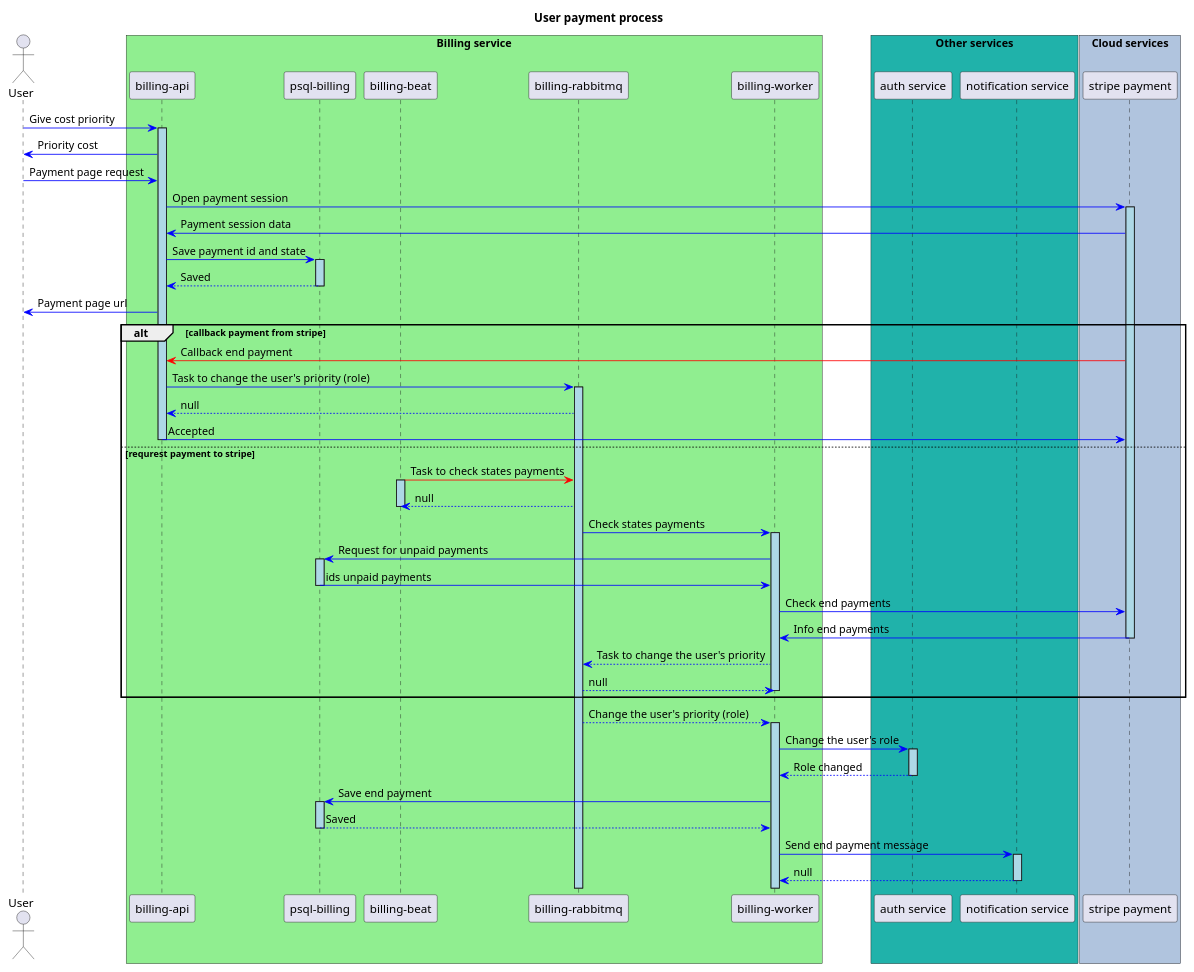
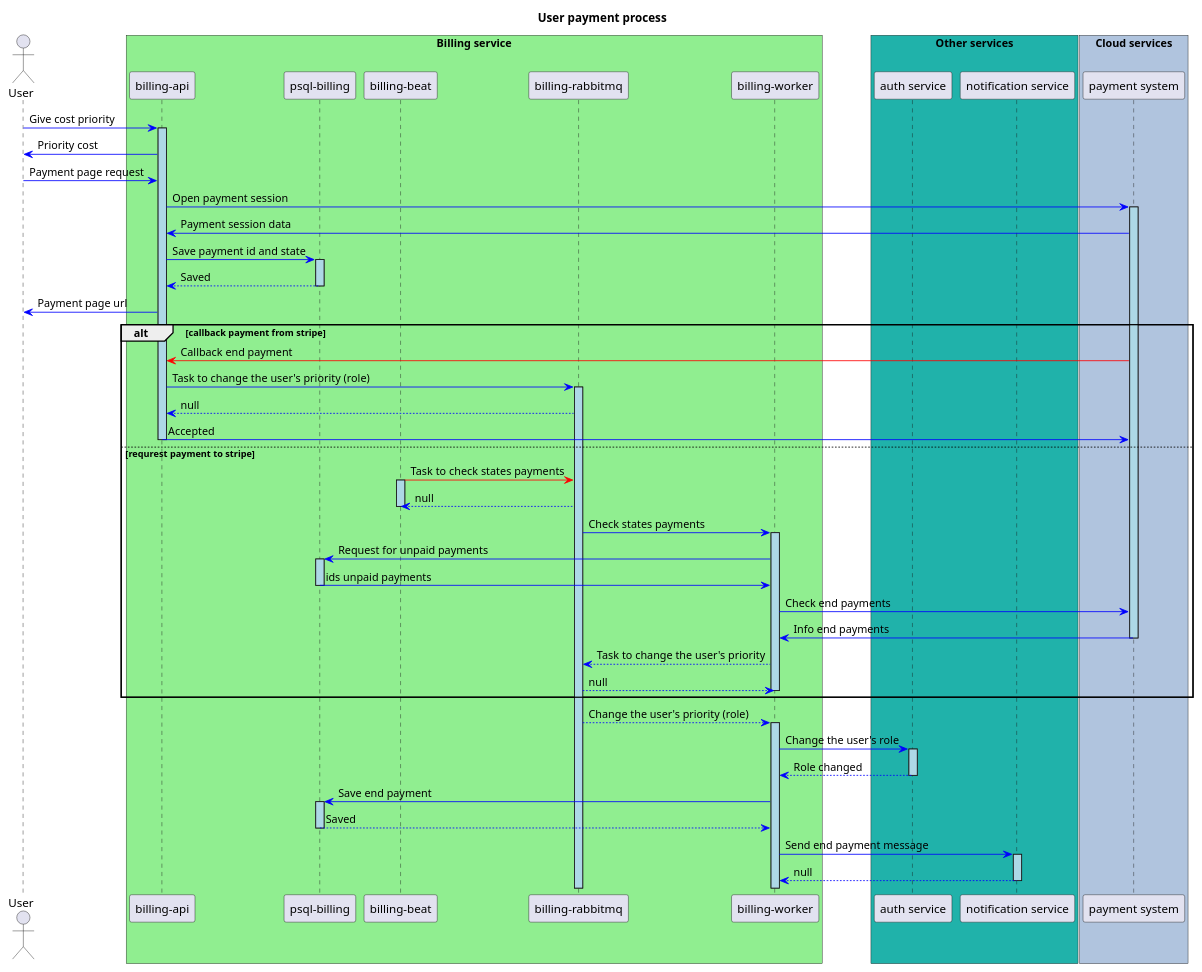
One commit to AlexeyBely/graduate_work changed the diagram in scheme/billing_sequence_schema.puml. Above: the diagram before and after it, drawn with PlantUML. The commit also changed 4 other files, not shown here.

```diff
--- a/scheme/billing_sequence_schema.puml
+++ b/scheme/billing_sequence_schema.puml
@@ -1,85 +1,85 @@
 @startuml billing_sequence_schema
 title User payment process
 skinparam componentStyle uml2
 
 actor User as user
 participant "billing-api" as api
 participant "psql-billing" as psql
 participant "billing-beat" as beat
 participant "billing-rabbitmq" as rabbitmq
 participant "billing-worker" as worker
 participant "auth service" as auth
 participant "notification service" as notify
-participant "stripe payment" as stripe
+participant "payment system" as stripe
 
 box "Billing service" #LightGreen
 	participant api
     participant psql
     participant beat
     participant rabbitmq
     participant worker
 end box
 box "Other services" #LightSeaGreen
 	participant auth
     participant notify
 end box
 box "Cloud services" #LightSteelBlue
 	participant stripe
 end box
 
 
 user [#blue]-> api : Give cost priority
 activate api #LightBlue
 user <-[#blue] api : Priority cost
 user [#blue]-> api : Payment page request
 api [#blue]-> stripe : Open payment session
 activate stripe #LightBlue
 stripe [#blue]-> api : Payment session data
 api [#blue]-> psql : Save payment id and state
 activate psql #LightBlue
 api <-[#blue]- psql : Saved
 deactivate psql
 api [#blue]-> user : Payment page url
 
 alt callback payment from stripe
     stripe [#red]-> api : Callback end payment
     api [#blue]-> rabbitmq : Task to change the user's priority (role)
     activate rabbitmq #LightBlue
     rabbitmq -[#blue]-> api : null    
     api [#blue]-> stripe : Accepted
     deactivate api
 else requrest payment to stripe
     beat [#red]-> rabbitmq : Task to check states payments
     activate beat #LightBlue
     rabbitmq -[#blue]-> beat : null
     deactivate beat
     rabbitmq [#blue]-> worker : Check states payments
     activate worker #LightBlue
     worker [#blue]-> psql : Request for unpaid payments
     activate psql #LightBlue
     psql [#blue]-> worker : ids unpaid payments
     deactivate psql
     worker [#blue]-> stripe : Check end payments
     stripe [#blue]-> worker : Info end payments
     deactivate stripe
     worker -[#blue]-> rabbitmq : Task to change the user's priority
     rabbitmq -[#blue]-> worker : null
     deactivate worker
 end group
 
 rabbitmq -[#blue]-> worker : Change the user's priority (role)
 activate worker #LightBlue
 worker [#blue]-> auth : Change the user's role
 activate auth #LightBlue
 auth -[#blue]-> worker : Role changed
 deactivate auth
 worker [#blue]-> psql : Save end payment
 activate psql #LightBlue
 worker <-[#blue]- psql : Saved
 deactivate psql
 worker [#blue]-> notify : Send end payment message
 activate notify #LightBlue
 notify -[#blue]-> worker : null
 deactivate notify
 
 @enduml
```
